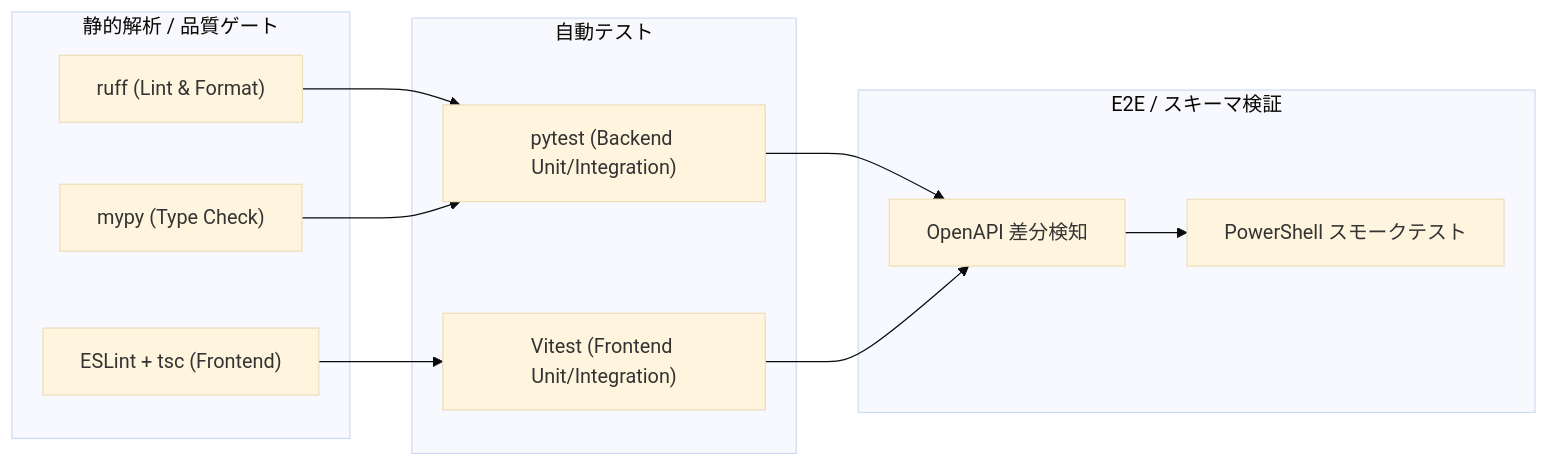
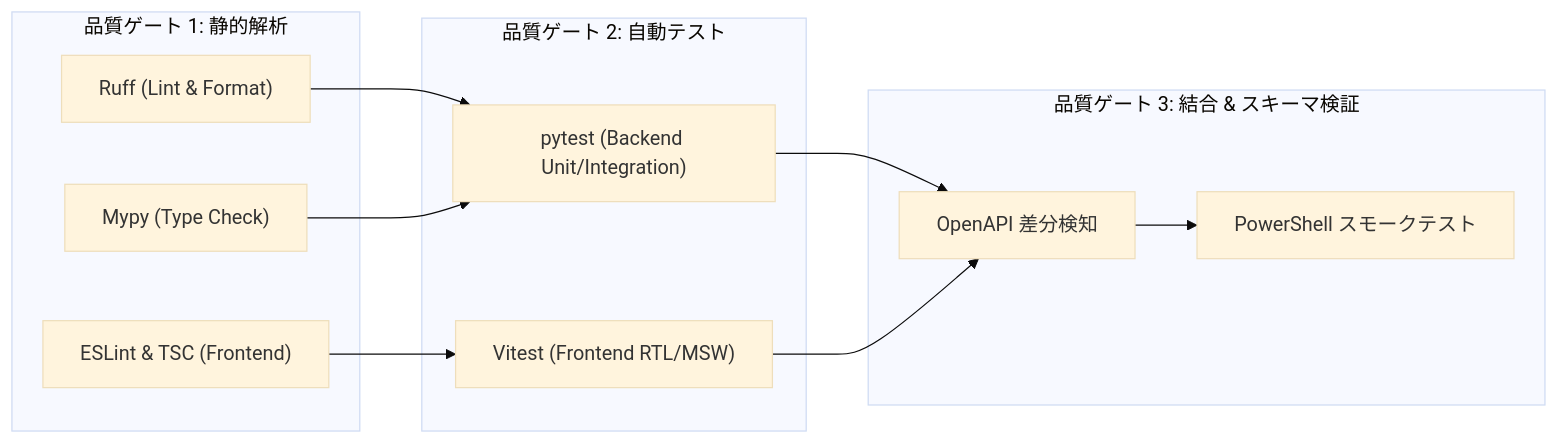
Before and after one commit to herbmatsui-spec/autonovel: the sixth of 6 diagrams in README.md, drawn with Mermaid (base theme). The commit also changed other lines of this file and 3 other files, not shown here.

Commit message:
docs: expand README.md to 50k+ chars with comprehensive architecture, GraphRAG, and API reference

````diff
--- a/README.md
+++ b/README.md
@@ -732,25 +1381,25 @@
 ```mermaid
 graph LR
-    subgraph "静的解析 / 品質ゲート"
-        Ruff["ruff (Lint & Format)"]
-        Mypy["mypy (Type Check)"]
-        ESLint["ESLint + tsc (Frontend)"]
+    subgraph "品質ゲート 1: 静的解析"
+        Ruff["Ruff (Lint & Format)"]
+        Mypy["Mypy (Type Check)"]
+        ESLint["ESLint & TSC (Frontend)"]
     end
 
-    subgraph "自動テスト"
+    subgraph "品質ゲート 2: 自動テスト"
         Pytest["pytest (Backend Unit/Integration)"]
-        Vitest["Vitest (Frontend Unit/Integration)"]
+        Vitest["Vitest (Frontend RTL/MSW)"]
     end
 
-    subgraph "E2E / スキーマ検証"
+    subgraph "品質ゲート 3: 結合 & スキーマ検証"
         OpenAPI["OpenAPI 差分検知"]
         Smoke["PowerShell スモークテスト"]
     end
 
     Ruff --> Pytest
     Mypy --> Pytest
     ESLint --> Vitest
     Pytest --> OpenAPI
     Vitest --> OpenAPI
     OpenAPI --> Smoke
 ```
````
